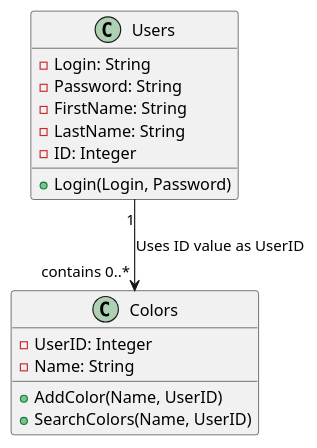
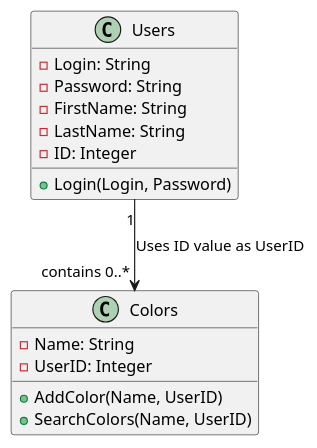
The diagram in docs/uml/classdiagram.puml (SteffP21/COLORS-Lab-for-COP-4331C-), drawn with PlantUML before and after one commit. The commit also changed 7 other files, not shown here.

First line of the commit message:
Activity and Use Case Diagrams, Final Submission

```diff
--- a/docs/uml/classdiagram.puml
+++ b/docs/uml/classdiagram.puml
@@ -1,18 +1,18 @@
 @startuml
 Class Users{
     -Login: String
     -Password: String
     -FirstName: String
     -LastName: String
     -ID: Integer
     +Login(Login, Password)
 }
 
 Class Colors{
+	-Name: String
     -UserID: Integer
-    -Name: String
     +AddColor(Name, UserID)
     +SearchColors(Name, UserID)
 }
 Users "1" --> "contains 0..*" Colors: Uses ID value as UserID
 @enduml
```
